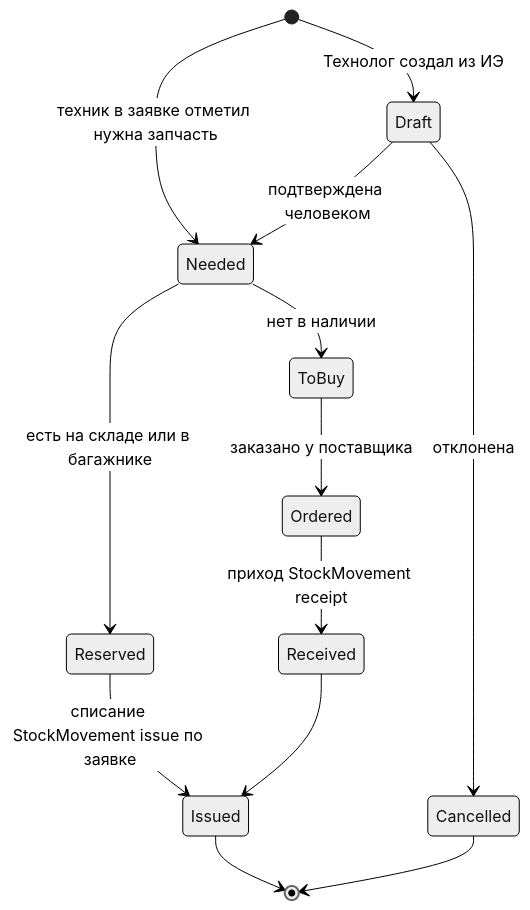
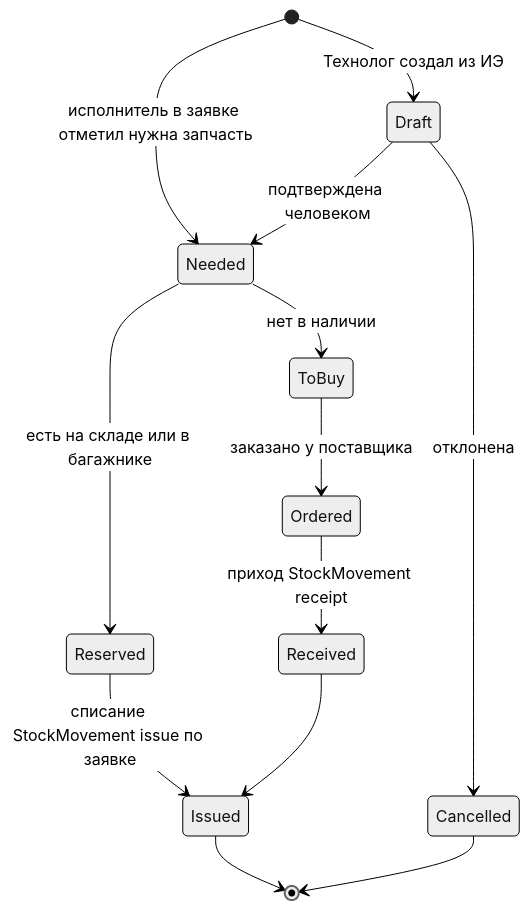
Before and after one commit to masterdoc-app/masterdoc: the fifth of 8 diagrams in TOIR_AI_SYSTEM_DESIGN.md, drawn with Mermaid (neutral theme). The commit also changed other lines of this file, not shown here.

````diff
--- a/TOIR_AI_SYSTEM_DESIGN.md
+++ b/TOIR_AI_SYSTEM_DESIGN.md
@@ -348,15 +348,15 @@
 ```mermaid
 stateDiagram-v2
   [*] --> Draft: Технолог создал из ИЭ
-  [*] --> Needed: техник в заявке отметил нужна запчасть
+  [*] --> Needed: исполнитель в заявке отметил нужна запчасть
   Draft --> Needed: подтверждена человеком
   Draft --> Cancelled: отклонена
   Needed --> Reserved: есть на складе или в багажнике
   Needed --> ToBuy: нет в наличии
   ToBuy --> Ordered: заказано у поставщика
   Ordered --> Received: приход StockMovement receipt
   Reserved --> Issued: списание StockMovement issue по заявке
   Received --> Issued
   Issued --> [*]
   Cancelled --> [*]
 ```
````
